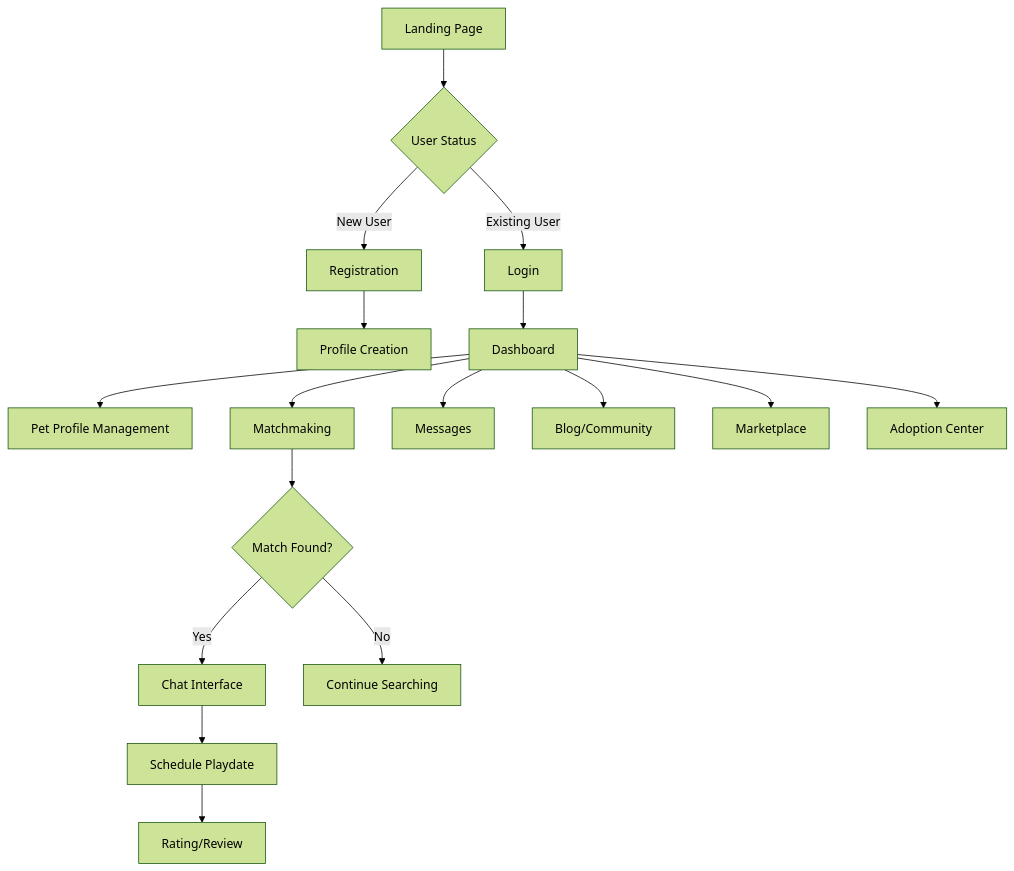
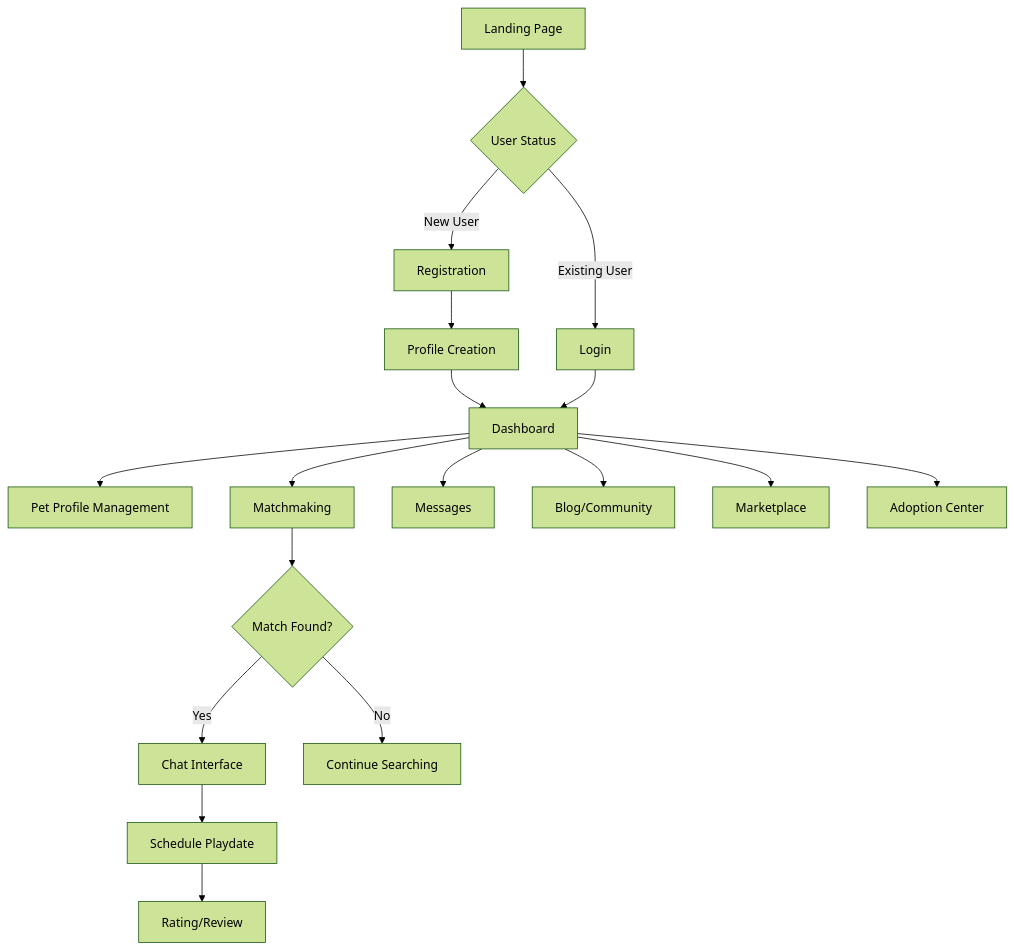
The diagram in README.md (xhoiKabashi/Playmates-Documentation), drawn with Mermaid (forest theme) before and after one commit.

````diff
--- a/README.md
+++ b/README.md
@@ -81,23 +81,24 @@
 ```mermaid
 graph TD
     A[Landing Page] --> B{User Status}
     B -->|New User| C[Registration]
     B -->|Existing User| D[Login]
     
     C --> E[Profile Creation]
+    E --> F[Dashboard]
     D --> F[Dashboard]
     
     F --> G[Pet Profile Management]
     F --> H[Matchmaking]
     F --> I[Messages]
     F --> J[Blog/Community]
     F --> K[Marketplace]
     F --> L[Adoption Center]
     
     H --> M{Match Found?}
     M -->|Yes| N[Chat Interface]
     M -->|No| O[Continue Searching]
     
     N --> P[Schedule Playdate]
     P --> Q[Rating/Review]
 ```
````
